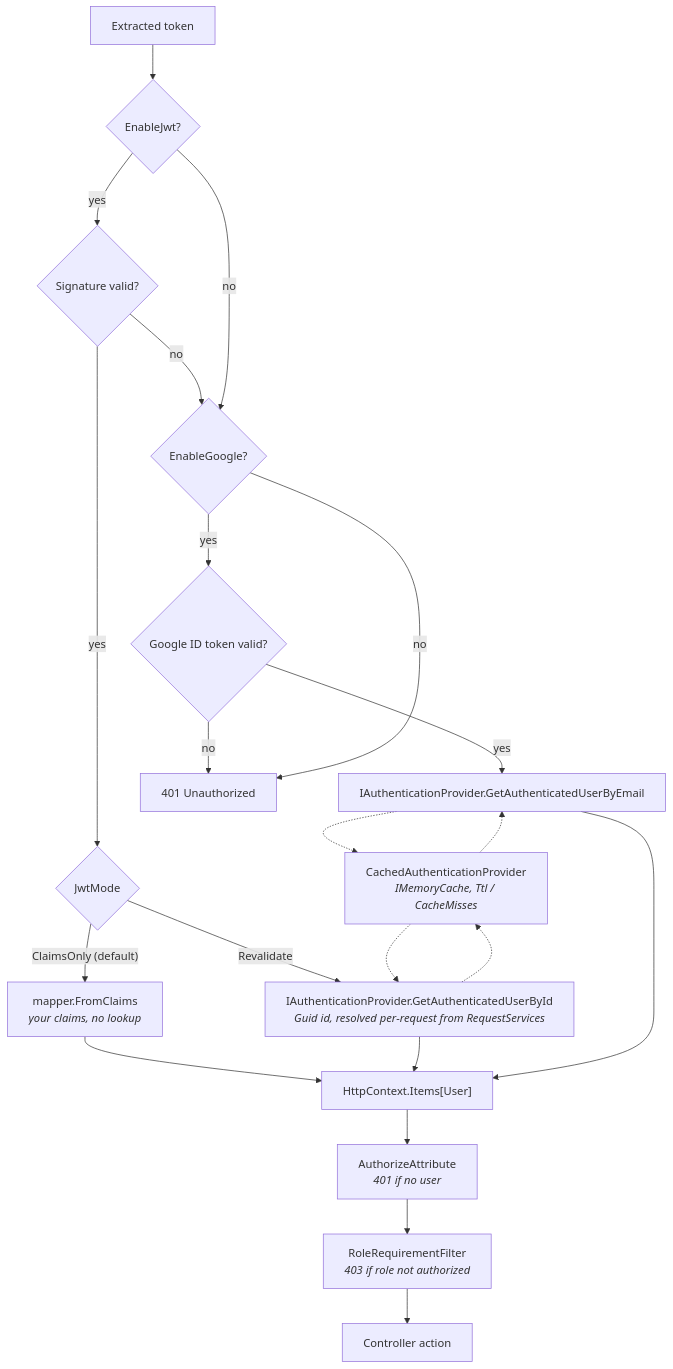
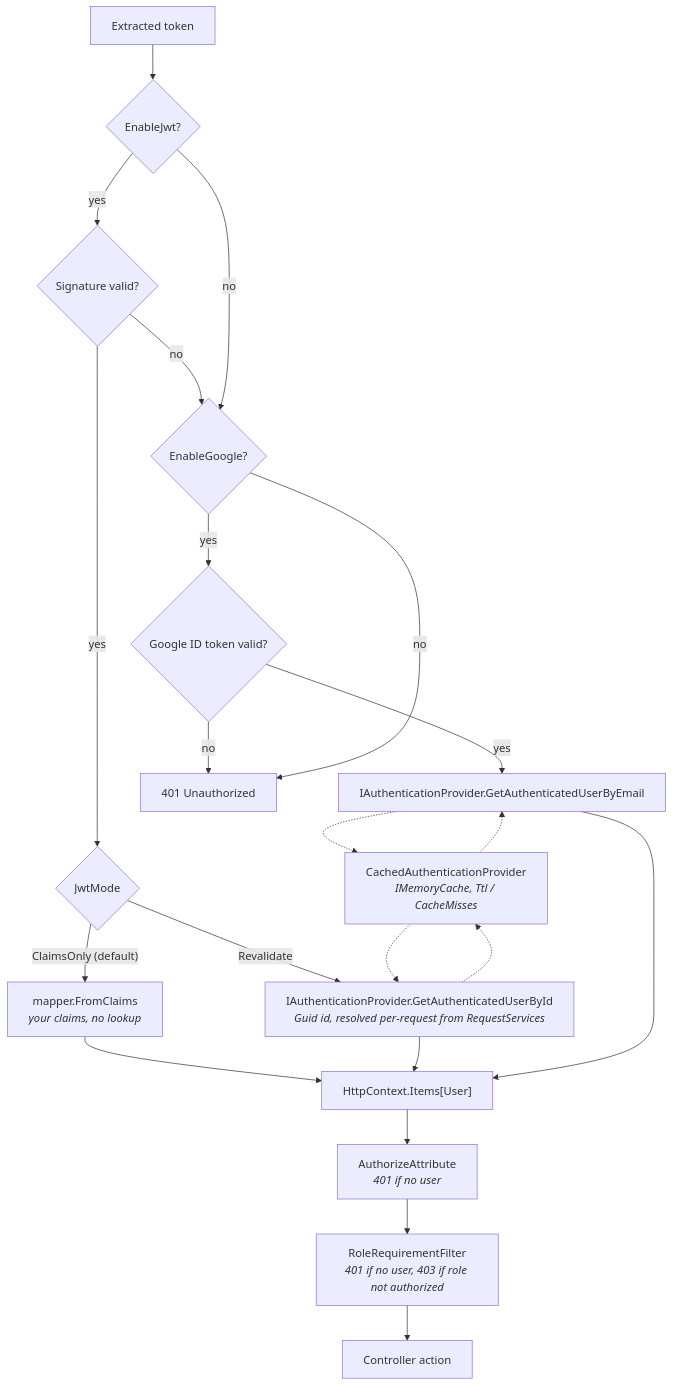
The second of 3 diagrams in docs/content/en/docs/architecture.md (artur-rios/dotnet-webapi-util), drawn with Mermaid before and after one commit. The commit also changed other lines of this file and 46 other files, not shown here.

````diff
--- a/docs/content/en/docs/architecture.md
+++ b/docs/content/en/docs/architecture.md
@@ -55,28 +57,28 @@
 ```mermaid
 flowchart TB
     Token["Extracted token"] --> Jwt{"EnableJwt?"}
     Jwt -- "yes" --> JwtValid{"Signature valid?"}
     JwtValid -- "no" --> Google
     JwtValid -- "yes" --> Mode{"JwtMode"}
     Mode -- "ClaimsOnly (default)" --> Claims["mapper.FromClaims<br/><i>your claims, no lookup</i>"]
     Mode -- "Revalidate" --> ProviderId["IAuthenticationProvider.GetAuthenticatedUserById<br/><i>Guid id, resolved per-request from RequestServices</i>"]
 
     Jwt -- "no" --> Google{"EnableGoogle?"}
     Google -- "yes" --> GoogleValid{"Google ID token valid?"}
     GoogleValid -- "yes" --> ProviderEmail["IAuthenticationProvider.GetAuthenticatedUserByEmail"]
     GoogleValid -- "no" --> R401["401 Unauthorized"]
     Google -- "no" --> R401
 
     ProviderId -.-> Cached["CachedAuthenticationProvider<br/><i>IMemoryCache, Ttl / CacheMisses</i>"]
     ProviderEmail -.-> Cached
     Cached -.-> ProviderId
     Cached -.-> ProviderEmail
 
     Claims --> Items["HttpContext.Items[User]"]
     ProviderId --> Items
     ProviderEmail --> Items
 
     Items --> Authorize["AuthorizeAttribute<br/><i>401 if no user</i>"]
-    Authorize --> RoleReq["RoleRequirementFilter<br/><i>403 if role not authorized</i>"]
+    Authorize --> RoleReq["RoleRequirementFilter<br/><i>401 if no user, 403 if role not authorized</i>"]
     RoleReq --> Endpoint["Controller action"]
 ```
````
